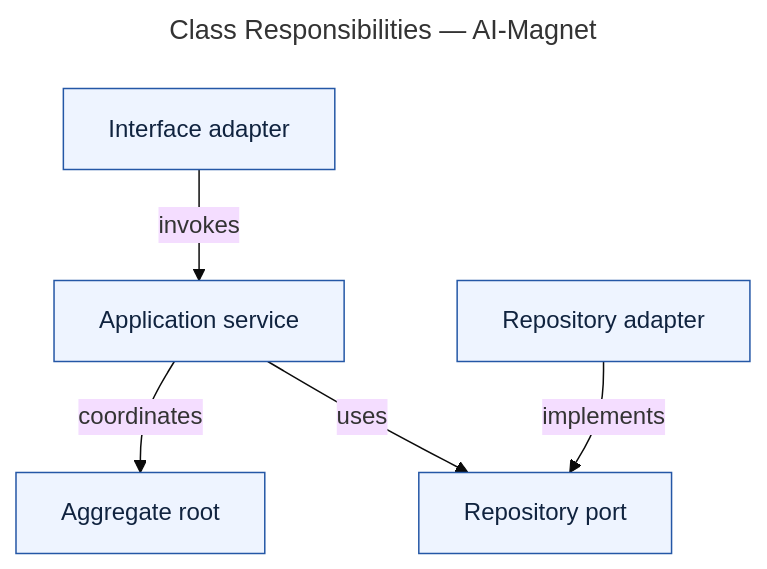
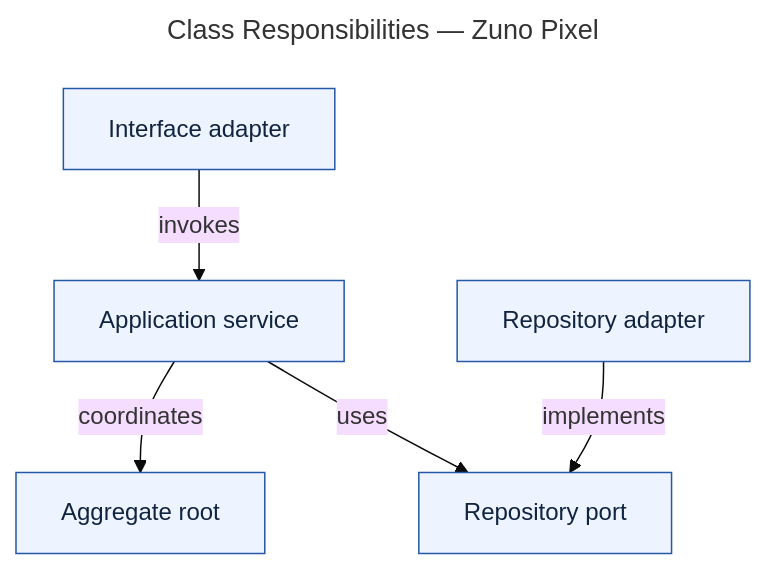
The diagram in planning/architecture/diagrams/class.mmd (Tauhid-dev/Brand-website), drawn with Mermaid (base theme) before and after one commit. The commit also changed 73 other files, not shown here.

Commit message:
feat(brand): complete Zuno Pixel phase 1

```diff
--- a/planning/architecture/diagrams/class.mmd
+++ b/planning/architecture/diagrams/class.mmd
@@ -1,15 +1,15 @@
 ---
-title: "Class Responsibilities — AI-Magnet"
+title: "Class Responsibilities — Zuno Pixel"
 ---
 flowchart TD
     controller["Interface adapter"]
     service["Application service"]
     aggregate["Aggregate root"]
     repository["Repository port"]
     implementation["Repository adapter"]
     controller -->|"invokes"| service
     service -->|"coordinates"| aggregate
     service -->|"uses"| repository
     implementation -->|"implements"| repository
     classDef genesis fill:#eef4ff,stroke:#2457a6,color:#10233f
     class controller,service,aggregate,repository,implementation genesis
```
